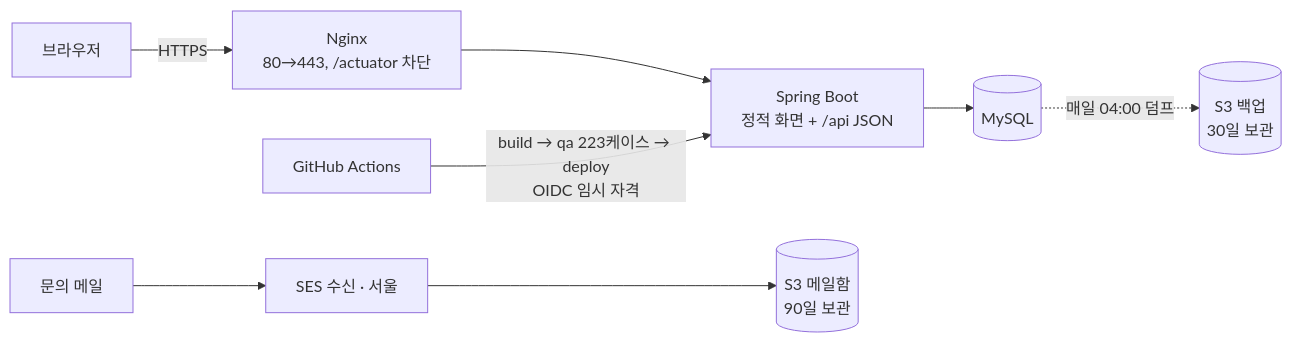
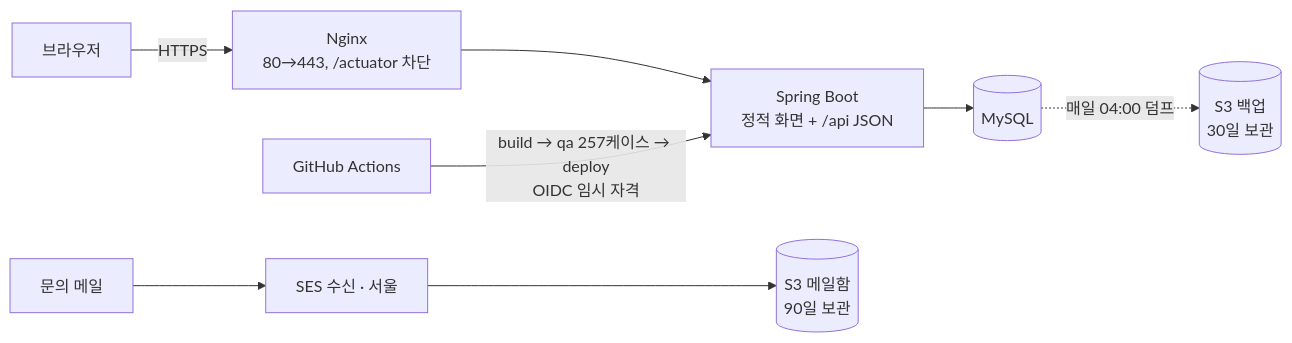
One commit to devkyumin04/dotoree changed the diagram in README.md. Above: the diagram before and after it, drawn with Mermaid. The commit also changed other lines of this file and 28 other files, not shown here.

````diff
--- a/README.md
+++ b/README.md
@@ -37,9 +37,9 @@
 ```mermaid
 flowchart LR
     U[브라우저] -->|HTTPS| N[Nginx<br/>80→443, /actuator 차단]
     N --> A[Spring Boot<br/>정적 화면 + /api JSON]
     A --> D[(MySQL)]
     D -. 매일 04:00 덤프 .-> S3B[(S3 백업<br/>30일 보관)]
     M[문의 메일] --> SES[SES 수신 · 서울] --> S3M[(S3 메일함<br/>90일 보관)]
-    G[GitHub Actions] -->|build → qa 223케이스 → deploy<br/>OIDC 임시 자격| A
+    G[GitHub Actions] -->|build → qa 257케이스 → deploy<br/>OIDC 임시 자격| A
 ```
````
